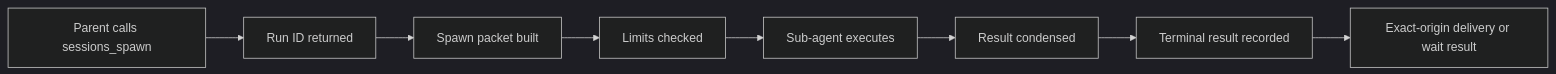
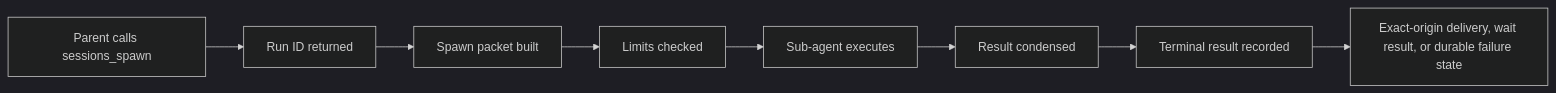
One commit to comisai/comis changed the diagram in docs/agents/subagent-lifecycle.mdx. Above: the diagram before and after it, drawn with Mermaid (dark theme). The commit also changed other lines of this file and 8 other files, not shown here.

````diff
--- a/docs/agents/subagent-lifecycle.mdx
+++ b/docs/agents/subagent-lifecycle.mdx
@@ -22,10 +22,10 @@
 ```mermaid
 flowchart LR
     A[Parent calls sessions_spawn] --> B[Run ID returned]
     B --> C[Spawn packet built]
     C --> D[Limits checked]
     D --> E[Sub-agent executes]
     E --> F[Result condensed]
     F --> G[Terminal result recorded]
-    G --> H[Exact-origin delivery or wait result]
+    G --> H[Exact-origin delivery, wait result, or durable failure state]
 ```
````
